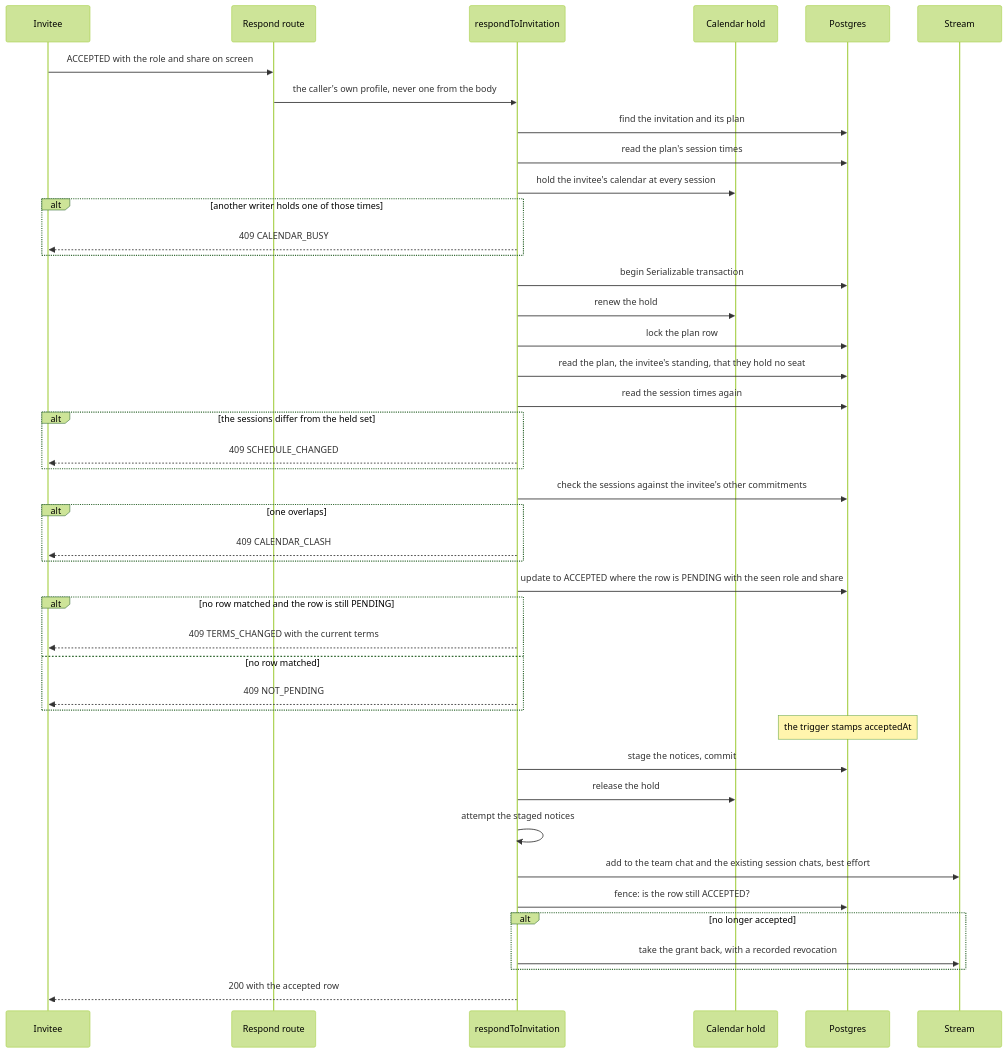
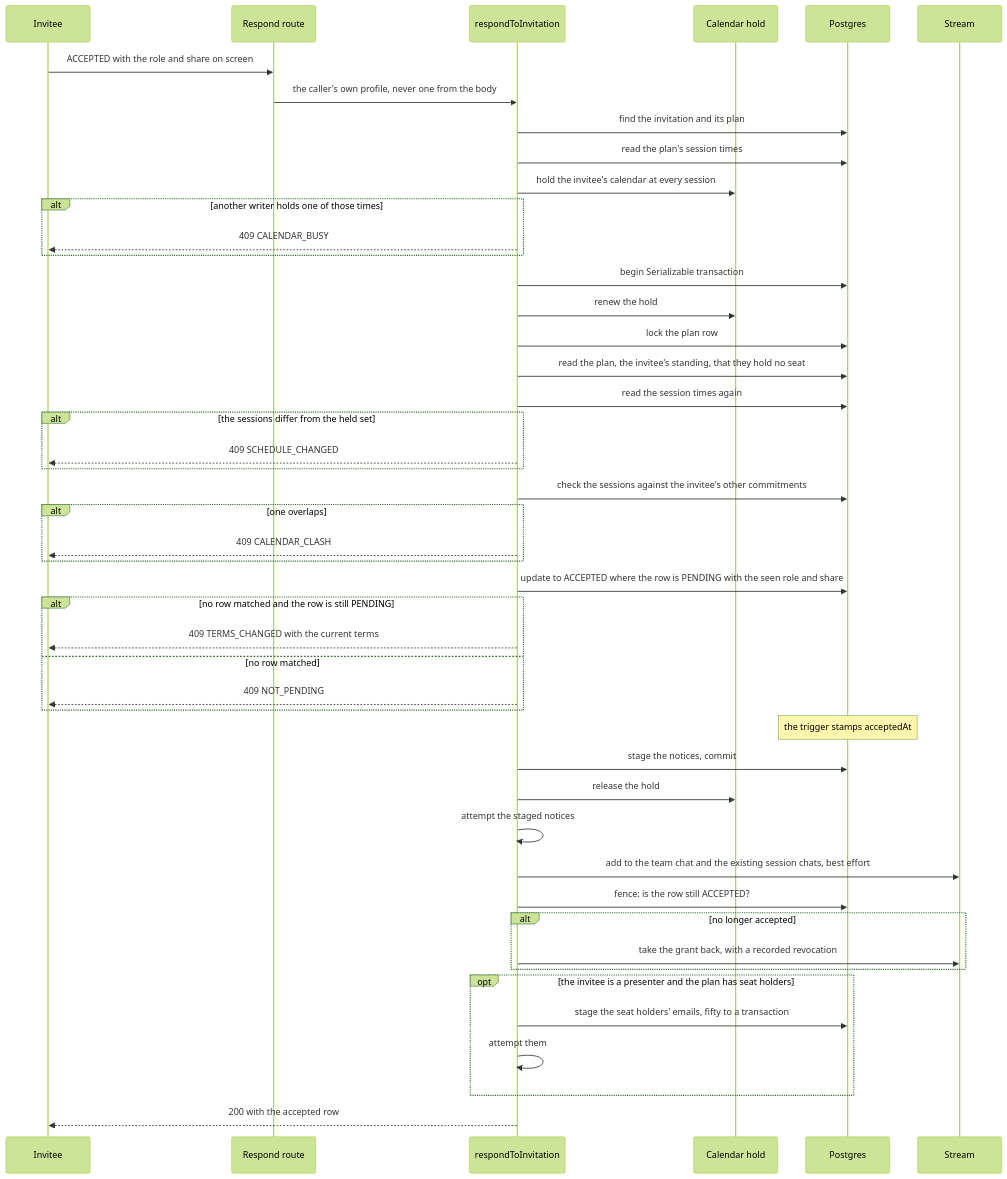
Before and after one commit to Practitionist/familiarise_web: the second of 3 diagrams in docs/collaborators/06-api-and-lifecycle.md, drawn with Mermaid (forest theme). The commit also changed other lines of this file and 3 other files, not shown here.

Commit message:
docs(collaborators): the seat holders' bell commits with a co-host change and their emails are staged after it

````diff
--- a/docs/collaborators/06-api-and-lifecycle.md
+++ b/docs/collaborators/06-api-and-lifecycle.md
@@ -90,46 +90,50 @@
 ```mermaid
 sequenceDiagram
     participant I as Invitee
     participant R as Respond route
     participant S as respondToInvitation
     participant L as Calendar hold
     participant DB as Postgres
     participant ST as Stream
 
     I->>R: ACCEPTED with the role and share on screen
     R->>S: the caller's own profile, never one from the body
     S->>DB: find the invitation and its plan
     S->>DB: read the plan's session times
     S->>L: hold the invitee's calendar at every session
     alt another writer holds one of those times
         S-->>I: 409 CALENDAR_BUSY
     end
     S->>DB: begin Serializable transaction
     S->>L: renew the hold
     S->>DB: lock the plan row
     S->>DB: read the plan, the invitee's standing, that they hold no seat
     S->>DB: read the session times again
     alt the sessions differ from the held set
         S-->>I: 409 SCHEDULE_CHANGED
     end
     S->>DB: check the sessions against the invitee's other commitments
     alt one overlaps
         S-->>I: 409 CALENDAR_CLASH
     end
     S->>DB: update to ACCEPTED where the row is PENDING with the seen role and share
     alt no row matched and the row is still PENDING
         S-->>I: 409 TERMS_CHANGED with the current terms
     else no row matched
         S-->>I: 409 NOT_PENDING
     end
     Note over DB: the trigger stamps acceptedAt
     S->>DB: stage the notices, commit
     S->>L: release the hold
     S->>S: attempt the staged notices
     S->>ST: add to the team chat and the existing session chats, best effort
     S->>DB: fence: is the row still ACCEPTED?
     alt no longer accepted
         S->>ST: take the grant back, with a recorded revocation
     end
+    opt the invitee is a presenter and the plan has seat holders
+        S->>DB: stage the seat holders' emails, fifty to a transaction
+        S->>S: attempt them
+    end
     S-->>I: 200 with the accepted row
 ```
````
